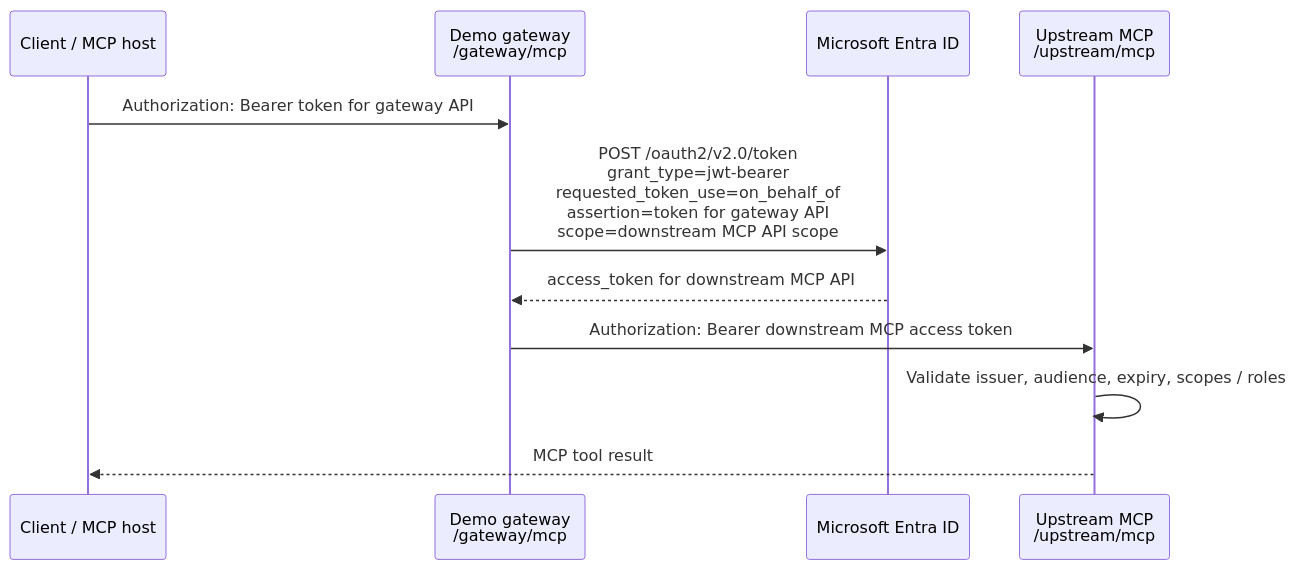
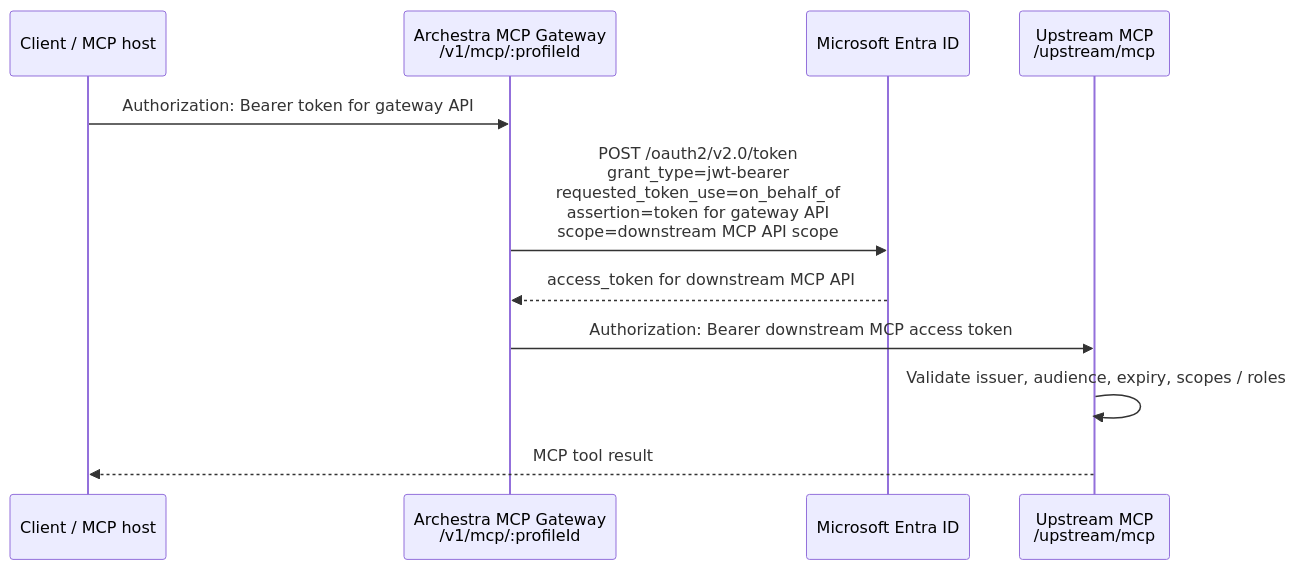
The diagram in mcp-gateway-entra-obo/README.md (archestra-ai/examples), drawn with Mermaid before and after one commit. The commit also changed other lines of this file and 1 other file, not shown here.

Commit message:
Clarify Archestra MCP Gateway auth flow

````diff
--- a/mcp-gateway-entra-obo/README.md
+++ b/mcp-gateway-entra-obo/README.md
@@ -17,14 +19,14 @@
 ```mermaid
 sequenceDiagram
   participant Client as Client / MCP host
-  participant Gateway as Demo gateway<br/>/gateway/mcp
+  participant Gateway as Archestra MCP Gateway<br/>/v1/mcp/:profileId
   participant Entra as Microsoft Entra ID
   participant MCP as Upstream MCP<br/>/upstream/mcp
 
   Client->>Gateway: Authorization: Bearer token for gateway API
   Gateway->>Entra: POST /oauth2/v2.0/token<br/>grant_type=jwt-bearer<br/>requested_token_use=on_behalf_of<br/>assertion=token for gateway API<br/>scope=downstream MCP API scope
   Entra-->>Gateway: access_token for downstream MCP API
   Gateway->>MCP: Authorization: Bearer downstream MCP access token
   MCP->>MCP: Validate issuer, audience, expiry, scopes / roles
   MCP-->>Client: MCP tool result
 ```
````
